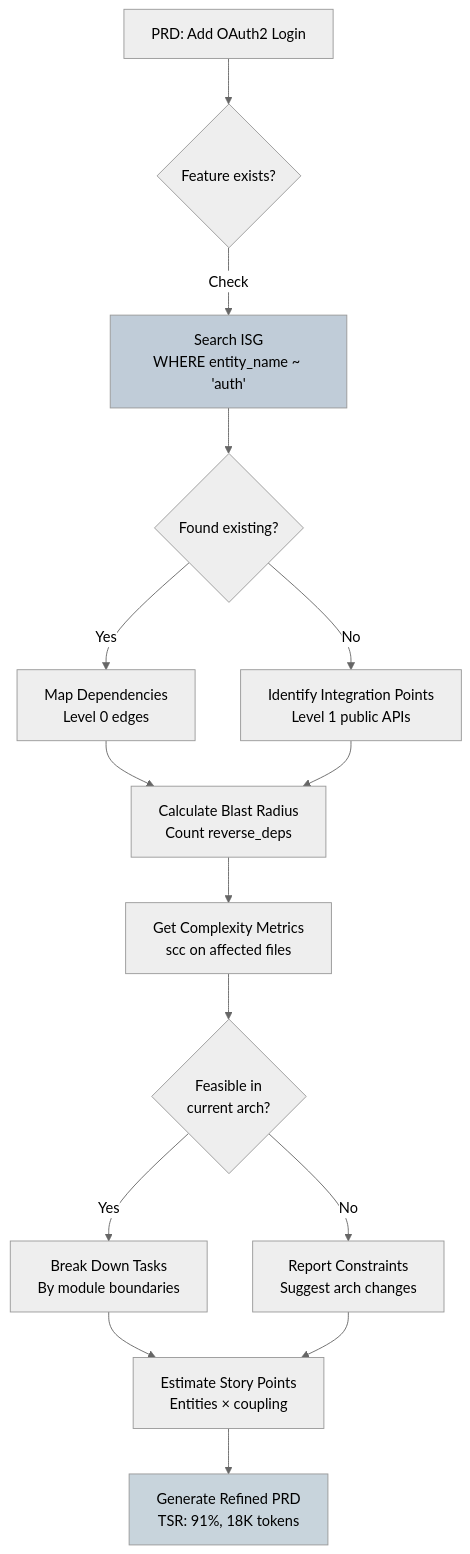
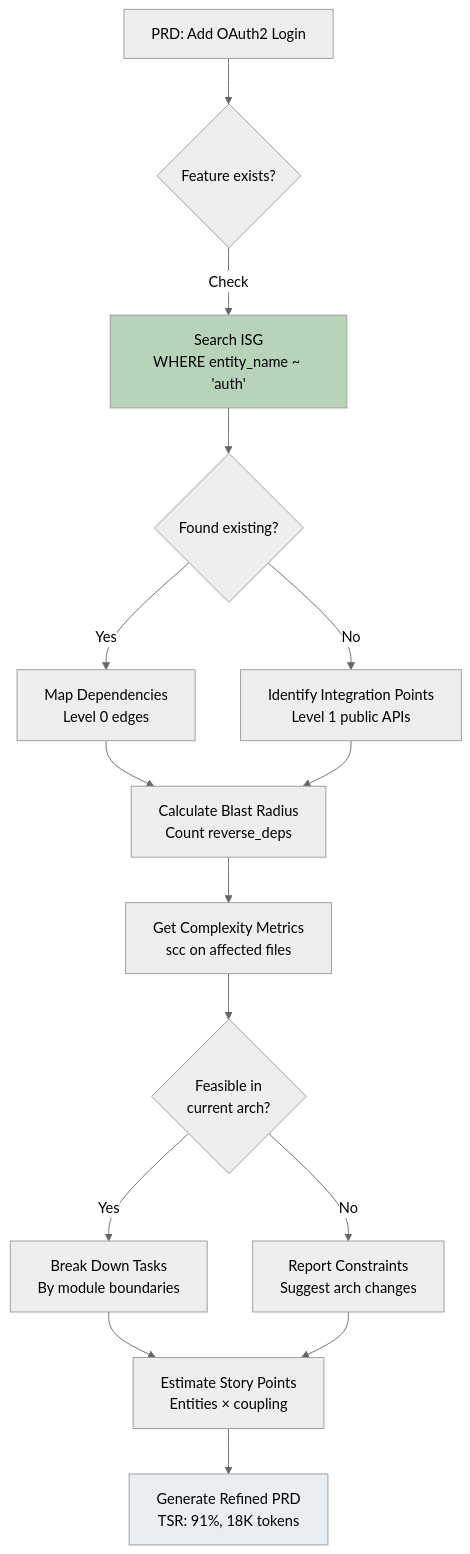
The fourth of 8 diagrams in .claude/parseltongue-ultrathink.md (that-in-rust/parseltongue), drawn with Mermaid (neutral theme) before and after one commit. The commit also changed other lines of this file, not shown here.

````diff
--- a/.claude/parseltongue-ultrathink.md
+++ b/.claude/parseltongue-ultrathink.md
@@ -255,20 +255,20 @@
   ```mermaid
   flowchart TD
       A[PRD: Add OAuth2 Login] --> B{Feature exists?}
       B -->|Check| C[Search ISG<br/>WHERE entity_name ~ 'auth']
       C --> D{Found existing?}
       D -->|Yes| E[Map Dependencies<br/>Level 0 edges]
       D -->|No| F[Identify Integration Points<br/>Level 1 public APIs]
       E --> G[Calculate Blast Radius<br/>Count reverse_deps]
       F --> G
       G --> H[Get Complexity Metrics<br/>scc on affected files]
       H --> I{Feasible in<br/>current arch?}
       I -->|Yes| J[Break Down Tasks<br/>By module boundaries]
       I -->|No| K[Report Constraints<br/>Suggest arch changes]
       J --> L[Estimate Story Points<br/>Entities × coupling]
       K --> L
       L --> M[Generate Refined PRD<br/>TSR: 91%, 18K tokens]
 
-      style C fill:#C0CCD8
-      style M fill:#C8D4DC
+      style C fill:#B8D4B8
+      style M fill:#E8EEF2
   ```
````
